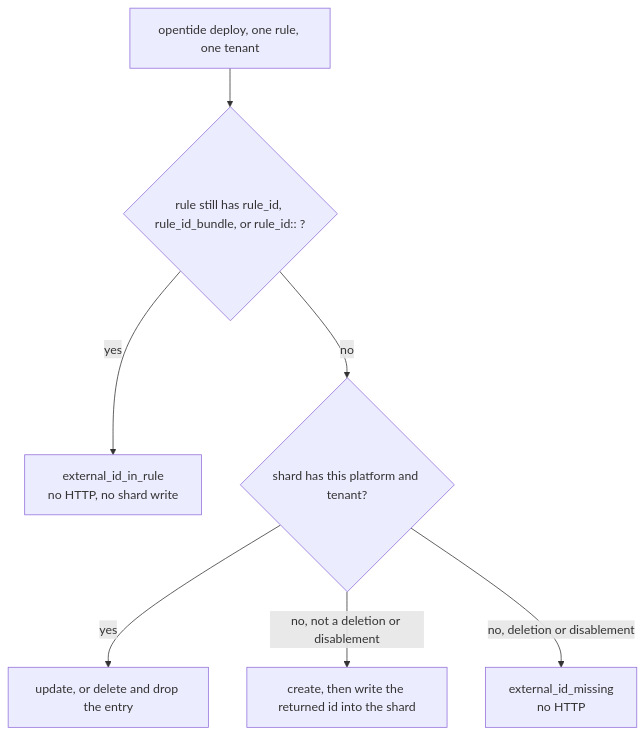
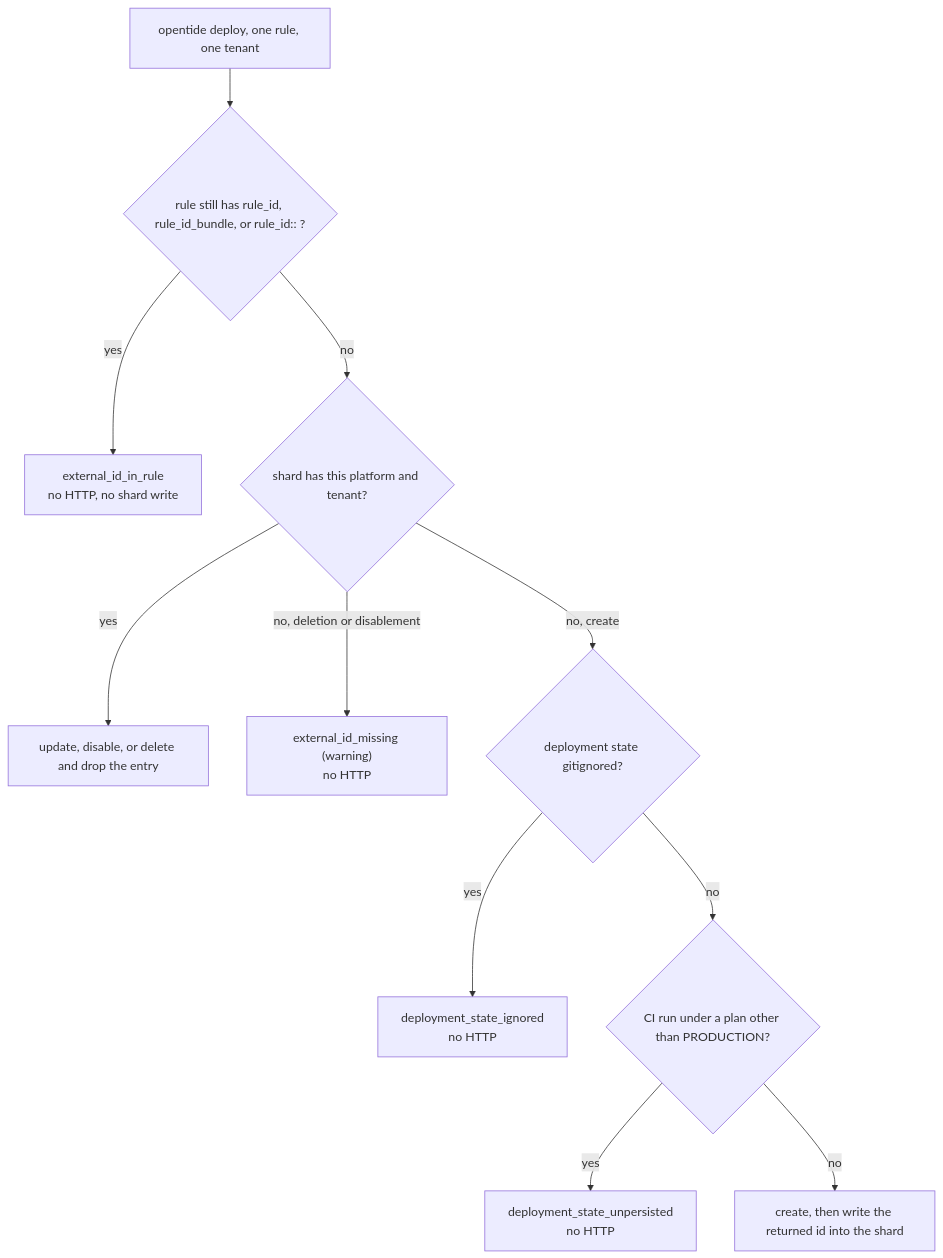
Before and after one commit to opentidehq/specifications: the diagram in rfcs/0010-deployment-external-ids.md, drawn with Mermaid. The commit also changed other lines of this file and 33 other files, not shown here.

First line of the commit message:
docs(rfc): accept RFC 0010, deployment external ids

````diff
--- a/rfcs/0010-deployment-external-ids.md
+++ b/rfcs/0010-deployment-external-ids.md
@@ -230,9 +251,13 @@
 ```mermaid
 flowchart TD
   start["opentide deploy, one rule, one tenant"] --> legacy{"rule still has rule_id, rule_id_bundle, or rule_id:: ?"}
   legacy -->|yes| stop["external_id_in_rule\nno HTTP, no shard write"]
   legacy -->|no| shard{"shard has this platform and tenant?"}
-  shard -->|yes| upd["update, or delete and drop the entry"]
-  shard -->|no, not a deletion or disablement| create["create, then write the returned id into the shard"]
-  shard -->|no, deletion or disablement| missing["external_id_missing\nno HTTP"]
+  shard -->|yes| upd["update, disable, or delete and drop the entry"]
+  shard -->|no, deletion or disablement| missing["external_id_missing (warning)\nno HTTP"]
+  shard -->|no, create| ignored{"deployment state gitignored?"}
+  ignored -->|yes| refuse1["deployment_state_ignored\nno HTTP"]
+  ignored -->|no| persist{"CI run under a plan other than PRODUCTION?"}
+  persist -->|yes| refuse2["deployment_state_unpersisted\nno HTTP"]
+  persist -->|no| create["create, then write the returned id into the shard"]
 ```
````
